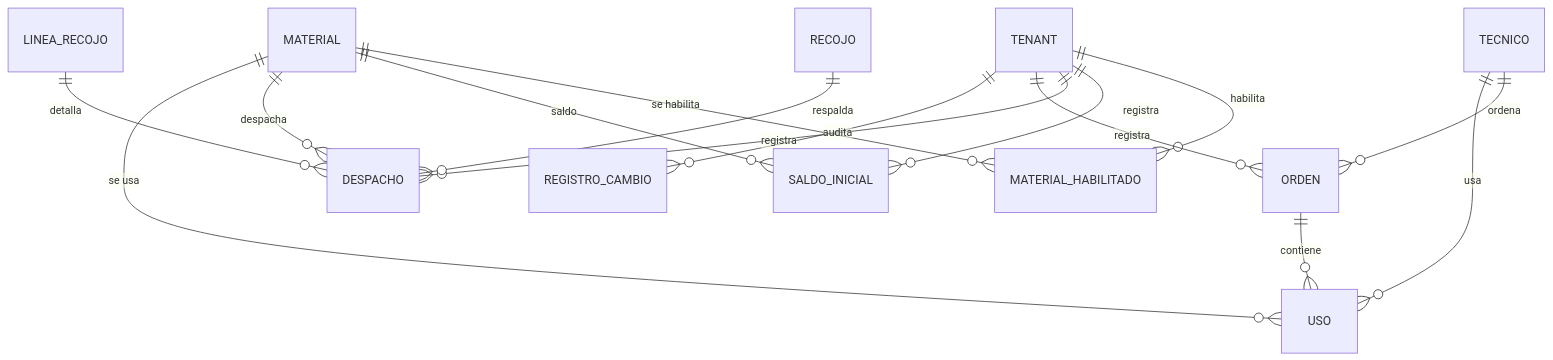
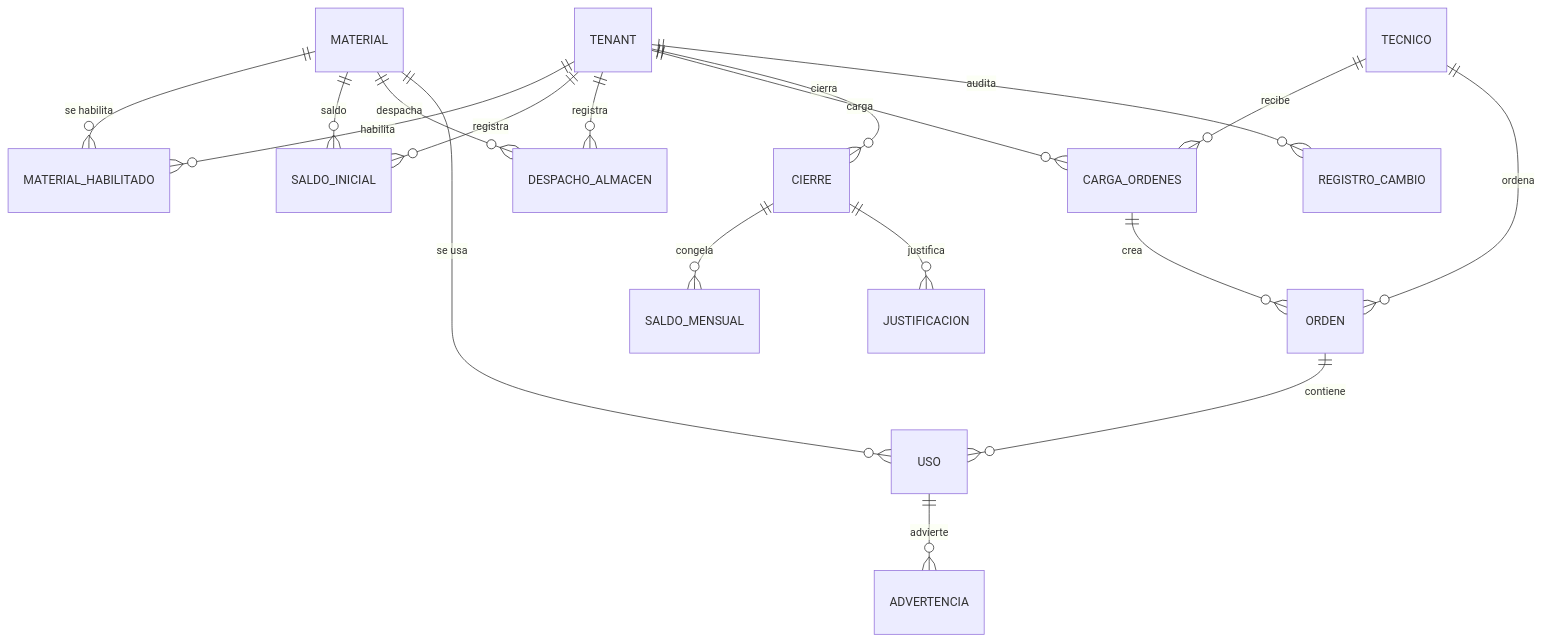
The diagram in 05-especificaciones/013-registro-materiales/data-model.md (Klidsman/Lari_sistema-arquitSoft-02-Klidsman), drawn with Mermaid before and after one commit. The commit also changed other lines of this file and 9 other files, not shown here.

````diff
--- a/05-especificaciones/013-registro-materiales/data-model.md
+++ b/05-especificaciones/013-registro-materiales/data-model.md
@@ -11,17 +12,20 @@
 ```mermaid
 erDiagram
     TENANT ||--o{ MATERIAL_HABILITADO : "habilita"
     MATERIAL ||--o{ MATERIAL_HABILITADO : "se habilita"
     TENANT ||--o{ SALDO_INICIAL : "registra"
     MATERIAL ||--o{ SALDO_INICIAL : "saldo"
-    TENANT ||--o{ DESPACHO : "registra"
-    MATERIAL ||--o{ DESPACHO : "despacha"
-    RECOJO ||--o{ DESPACHO : "respalda"
-    LINEA_RECOJO ||--o{ DESPACHO : "detalla"
-    TENANT ||--o{ ORDEN : "registra"
+    TENANT ||--o{ DESPACHO_ALMACEN : "registra"
+    MATERIAL ||--o{ DESPACHO_ALMACEN : "despacha"
+    TENANT ||--o{ CARGA_ORDENES : "carga"
+    TECNICO ||--o{ CARGA_ORDENES : "recibe"
+    CARGA_ORDENES ||--o{ ORDEN : "crea"
     TECNICO ||--o{ ORDEN : "ordena"
     ORDEN ||--o{ USO : "contiene"
     MATERIAL ||--o{ USO : "se usa"
-    TECNICO ||--o{ USO : "usa"
+    USO ||--o{ ADVERTENCIA : "advierte"
+    TENANT ||--o{ CIERRE : "cierra"
+    CIERRE ||--o{ SALDO_MENSUAL : "congela"
+    CIERRE ||--o{ JUSTIFICACION : "justifica"
     TENANT ||--o{ REGISTRO_CAMBIO : "audita"
 ```
````
